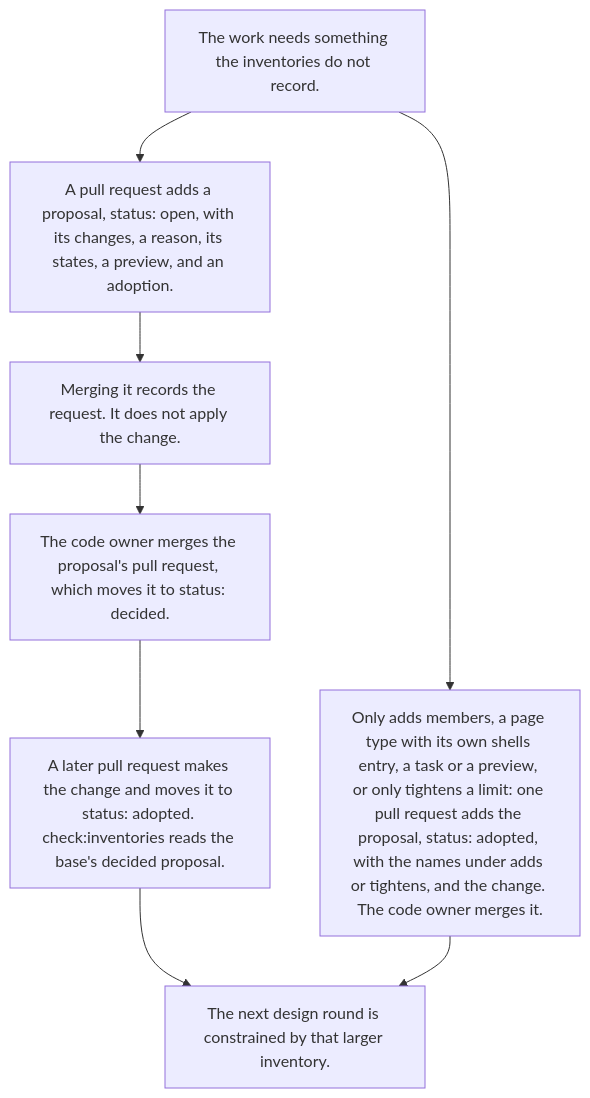
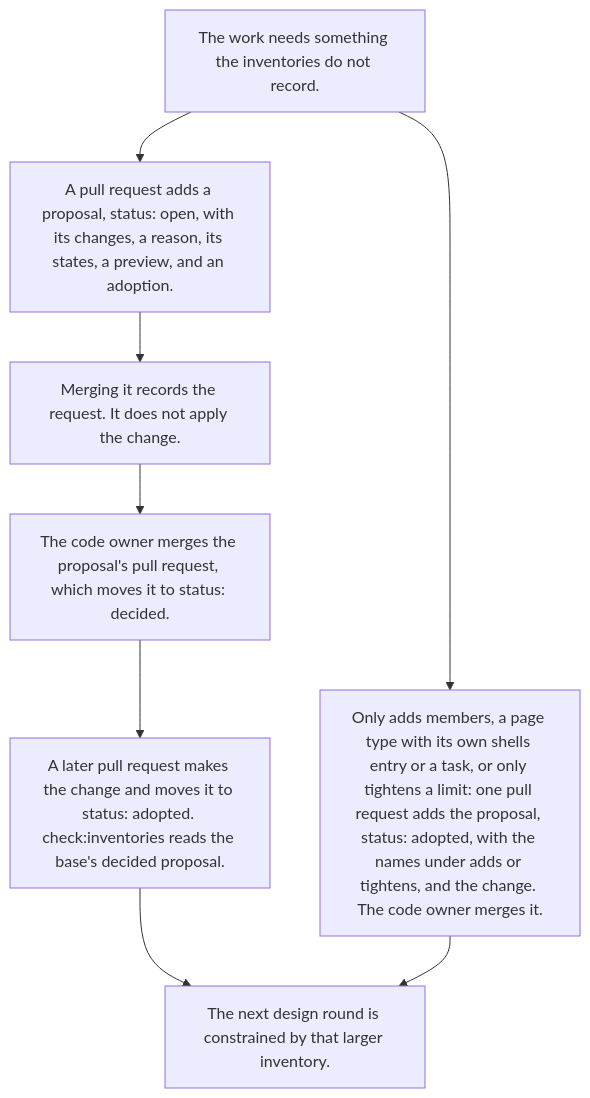
One commit to tounsoo/agent-design-loop changed the fourth of 7 diagrams in packages/harness/docs/how-it-works.md. Above: the diagram before and after it, drawn with Mermaid. The commit also changed other lines of this file and 122 other files, not shown here.

````diff
--- a/packages/harness/docs/how-it-works.md
+++ b/packages/harness/docs/how-it-works.md
@@ -340,12 +342,12 @@
 ```mermaid
 flowchart TB
   gap["The work needs something the inventories do not record."]
   file["A pull request adds a proposal, status: open, with its changes, a reason, its states, a preview, and an adoption."]
   record["Merging it records the request. It does not apply the change."]
   person["The code owner merges the proposal's pull request, which moves it to status: decided."]
   adopt["A later pull request makes the change and moves it to status: adopted. check:inventories reads the base's decided proposal."]
-  adds["Only adds members, a page type with its own shells entry, a task or a preview, or only tightens a limit: one pull request adds the proposal, status: adopted, with the names under adds or tightens, and the change. The code owner merges it."]
+  adds["Only adds members, a page type with its own shells entry or a task, or only tightens a limit: one pull request adds the proposal, status: adopted, with the names under adds or tightens, and the change. The code owner merges it."]
   next["The next design round is constrained by that larger inventory."]
   gap --> file --> record --> person --> adopt --> next
   gap --> adds --> next
 ```
````
